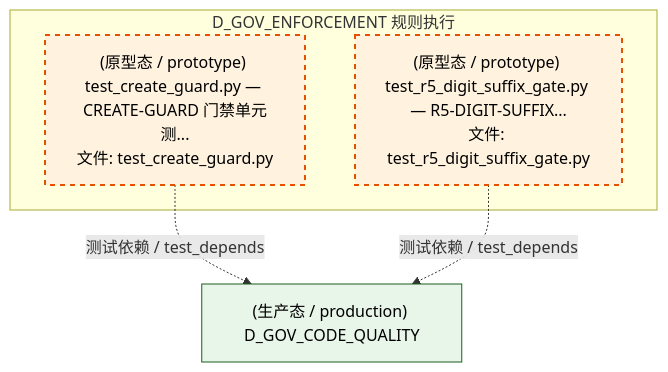
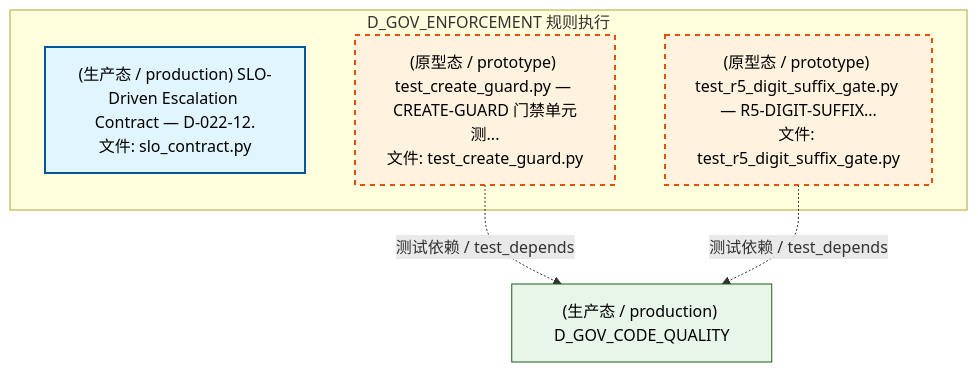
The second of 5 diagrams in docs/02_enterprise_architecture/02_domain_architecture_docs/42_d_gov_enforcement.md (xuanFelixVan/ZephyrAlpha), drawn with Mermaid before and after one commit. The commit also changed other lines of this file and 89 other files, not shown here.

````diff
--- a/docs/02_enterprise_architecture/02_domain_architecture_docs/42_d_gov_enforcement.md
+++ b/docs/02_enterprise_architecture/02_domain_architecture_docs/42_d_gov_enforcement.md
@@ -286,16 +290,18 @@
 ```mermaid
 graph TD
     subgraph D_GOV_ENFORCEMENT["D_GOV_ENFORCEMENT 规则执行"]
+        src_zephyr_gov_enforcement_rule_enforcement_slo_contract_py["(生产态 / production) SLO-Driven Escalation Contract — D-022-12.<br/>文件: slo_contract.py"]
         tests_governance_commit_gates_test_create_guard_py["(原型态 / prototype) test_create_guard.py — CREATE-GUARD 门禁单元测...<br/>文件: test_create_guard.py"]
         tests_governance_commit_gates_test_r5_digit_suffix_gate_py["(原型态 / prototype) test_r5_digit_suffix_gate.py — R5-DIGIT-SUFFIX...<br/>文件: test_r5_digit_suffix_gate.py"]
     end
     D_GOV_CODE_QUALITY["(生产态 / production) D_GOV_CODE_QUALITY"]
     tests_governance_commit_gates_test_create_guard_py -.->|测试依赖 / test_depends| D_GOV_CODE_QUALITY
     tests_governance_commit_gates_test_r5_digit_suffix_gate_py -.->|测试依赖 / test_depends| D_GOV_CODE_QUALITY
     classDef production fill:#e1f5fe,stroke:#01579b,stroke-width:2px,color:#000
     classDef design fill:#fff3e0,stroke:#e65100,stroke-width:2px,color:#000,stroke-dasharray: 5 5
     classDef external_prod fill:#e8f5e9,stroke:#1b5e20,stroke-width:1px,color:#000
     classDef external_design fill:#fce4ec,stroke:#880e4f,stroke-width:1px,color:#000,stroke-dasharray: 5 5
+    class src_zephyr_gov_enforcement_rule_enforcement_slo_contract_py production
     class tests_governance_commit_gates_test_create_guard_py,tests_governance_commit_gates_test_r5_digit_suffix_gate_py design
     class D_GOV_CODE_QUALITY external_prod
 ```
````
